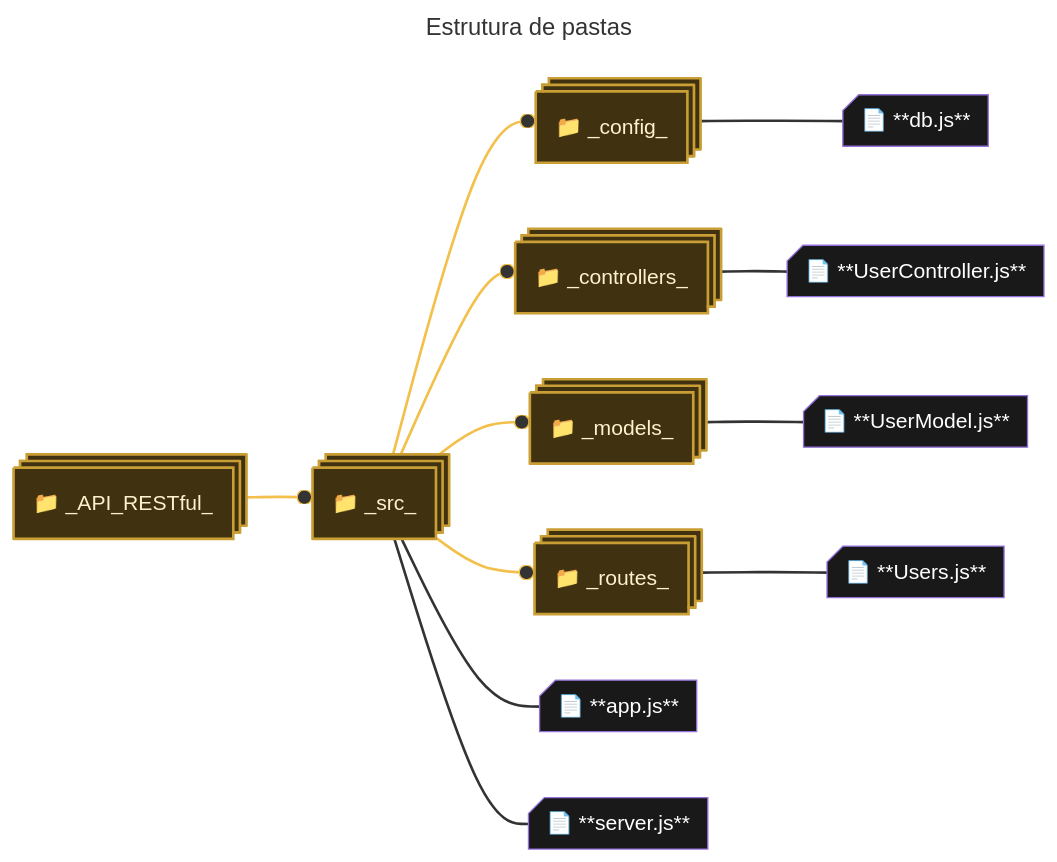
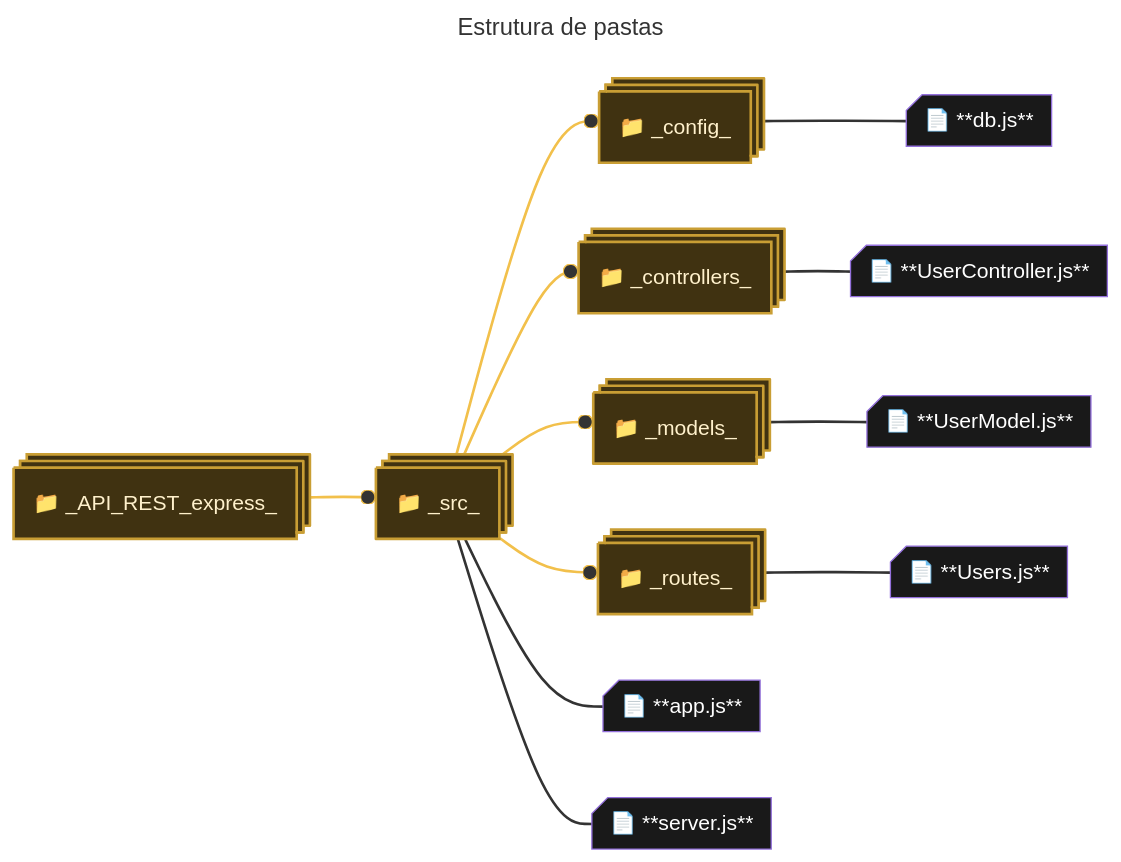
One commit to henrygoncalvess/API_REST_express changed the diagram in README.md. Above: the diagram before and after it, drawn with Mermaid. The commit also changed other lines of this file and 8 other files, not shown here.

````diff
--- a/README.md
+++ b/README.md
@@ -39,48 +39,48 @@
 ``` mermaid
 ---
 title:  Estrutura de pastas
 ---
 flowchart LR
-    crud("📁 _API_RESTful_")@{ shape: processes }
+    crud("📁 _API_REST_express_")@{ shape: processes }
     crud --o src("📁 _src_")@{ shape: processes }
     src --o config("📁 _config_")@{ shape: processes }
     config --- db.js("📄 **db.js**")@{ shape: card }
     src --o controllers("📁 _controllers_")@{ shape: processes }
     controllers --- UserController.js("📄 **UserController.js**")@{ shape: card }
     src --o models("📁 _models_")@{ shape: processes }
     models --- UserModel.js("📄 **UserModel.js**")@{ shape: card }
     src --o routes("📁 _routes_")@{ shape: processes }
     routes --- Users.js("📄 **Users.js**")@{ shape: card }
     src --- app.js("📄 **app.js**")@{ shape: card }
     src --- server.js("📄 **server.js**")@{ shape: card }
 
     %%CLASSES
     classDef default fill:#191919,color:white;
     
     classDef pasta fill:#403211,stroke:#c99e34,stroke-width:2px,color:#fff1cc;
 
     %%aplicação de classes
     class crud,src,config,controllers,models,routes pasta
 
 
 
     %%LINKS
     
     %%pastas
     linkStyle 0,1,3,5,7 stroke:#f2c04b
 
     %%arquivos
     linkStyle default stroke-width:2px;
 
-    click src "https://github.com/henrygoncalvess/API_RESTful/tree/main/src"
-    click config "https://github.com/henrygoncalvess/API_RESTful/tree/main/src/config"
-    click db.js "https://github.com/henrygoncalvess/API_RESTful/tree/main/src/config/db.js"
-    click controllers "https://github.com/henrygoncalvess/API_RESTful/tree/main/src/controllers"
-    click UserController.js "https://github.com/henrygoncalvess/API_RESTful/tree/main/src/controllers/UserController.js"
-    click models "https://github.com/henrygoncalvess/API_RESTful/tree/main/src/models"
-    click UserModel.js "https://github.com/henrygoncalvess/API_RESTful/tree/main/src/models/UserModel.js"
-    click routes "https://github.com/henrygoncalvess/API_RESTful/tree/main/src/routes"
-    click Users.js "https://github.com/henrygoncalvess/API_RESTful/tree/main/src/routes/users.js"
-    click app.js "https://github.com/henrygoncalvess/API_RESTful/tree/main/src/app.js"
-    click server.js "https://github.com/henrygoncalvess/API_RESTful/tree/main/src/server.js"
+    click src "https://github.com/henrygoncalvess/API_REST_express/tree/main/src"
+    click config "https://github.com/henrygoncalvess/API_REST_express/tree/main/src/config"
+    click db.js "https://github.com/henrygoncalvess/API_REST_express/tree/main/src/config/db.js"
+    click controllers "https://github.com/henrygoncalvess/API_REST_express/tree/main/src/controllers"
+    click UserController.js "https://github.com/henrygoncalvess/API_REST_express/tree/main/src/controllers/UserController.js"
+    click models "https://github.com/henrygoncalvess/API_REST_express/tree/main/src/models"
+    click UserModel.js "https://github.com/henrygoncalvess/API_REST_express/tree/main/src/models/UserModel.js"
+    click routes "https://github.com/henrygoncalvess/API_REST_express/tree/main/src/routes"
+    click Users.js "https://github.com/henrygoncalvess/API_REST_express/tree/main/src/routes/users.js"
+    click app.js "https://github.com/henrygoncalvess/API_REST_express/tree/main/src/app.js"
+    click server.js "https://github.com/henrygoncalvess/API_REST_express/tree/main/src/server.js"
 ```
````
